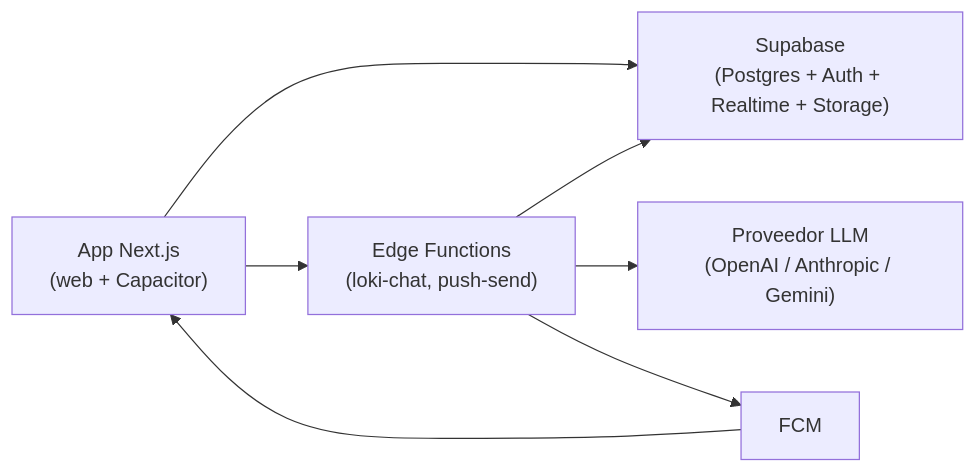
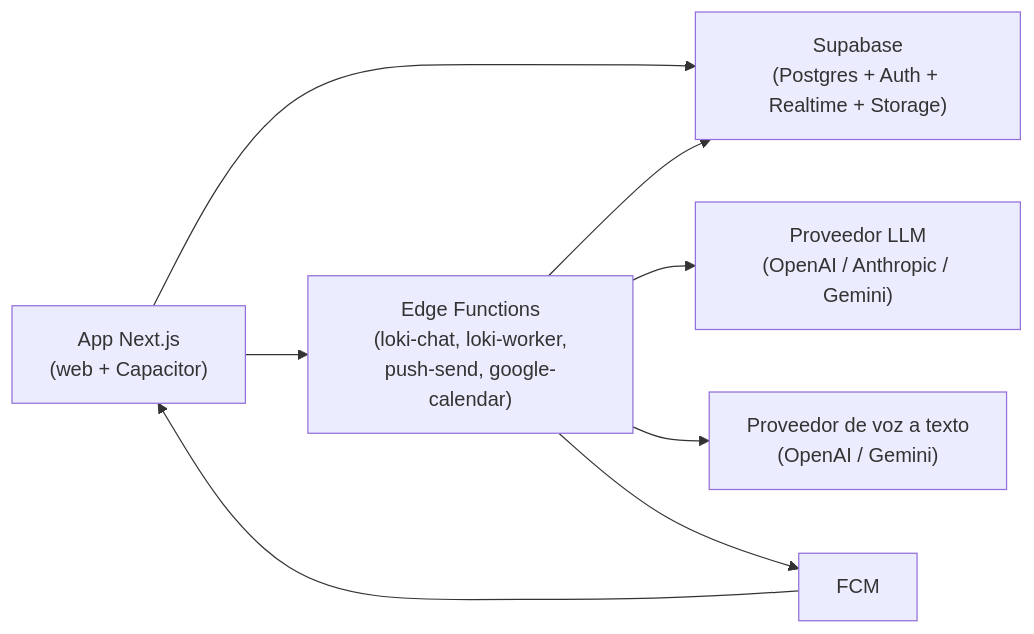
The diagram in README.md (manuelolivaplaza-jpg/loki), drawn with Mermaid before and after one commit. The commit also changed other lines of this file and 31 other files, not shown here.

````diff
--- a/README.md
+++ b/README.md
@@ -19,9 +22,10 @@
 ```mermaid
 flowchart LR
     App["App Next.js\n(web + Capacitor)"] --> SB["Supabase\n(Postgres + Auth + Realtime + Storage)"]
-    App --> Edge["Edge Functions\n(loki-chat, push-send)"]
+    App --> Edge["Edge Functions\n(loki-chat, loki-worker,\npush-send, google-calendar)"]
     Edge --> SB
     Edge --> LLM["Proveedor LLM\n(OpenAI / Anthropic / Gemini)"]
+    Edge --> STT["Proveedor de voz a texto\n(OpenAI / Gemini)"]
     Edge --> FCM["FCM"]
     FCM --> App
 ```
````
